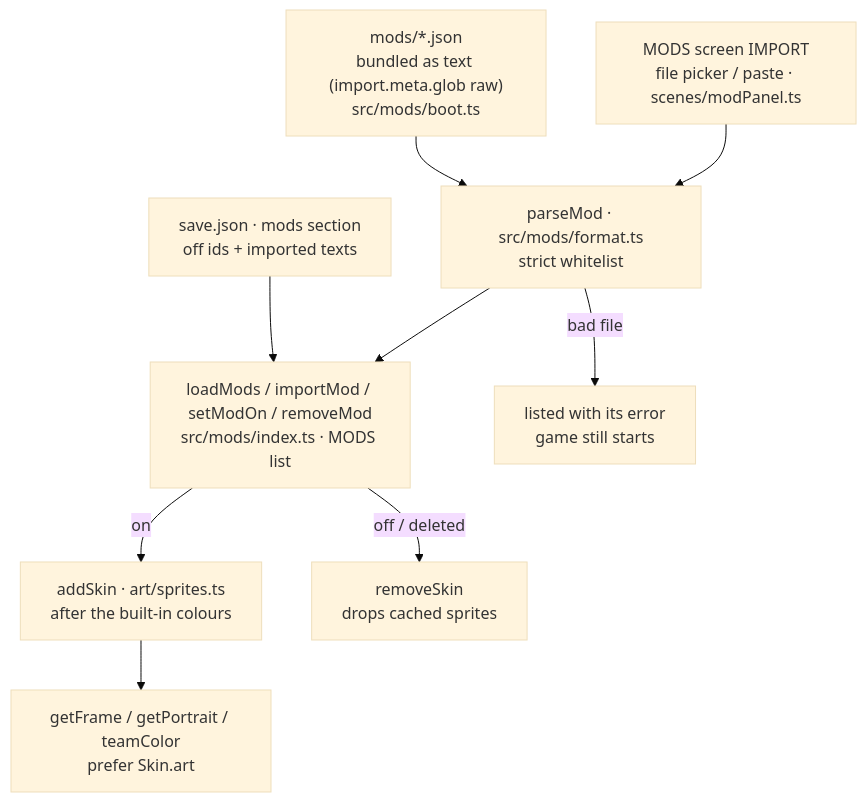
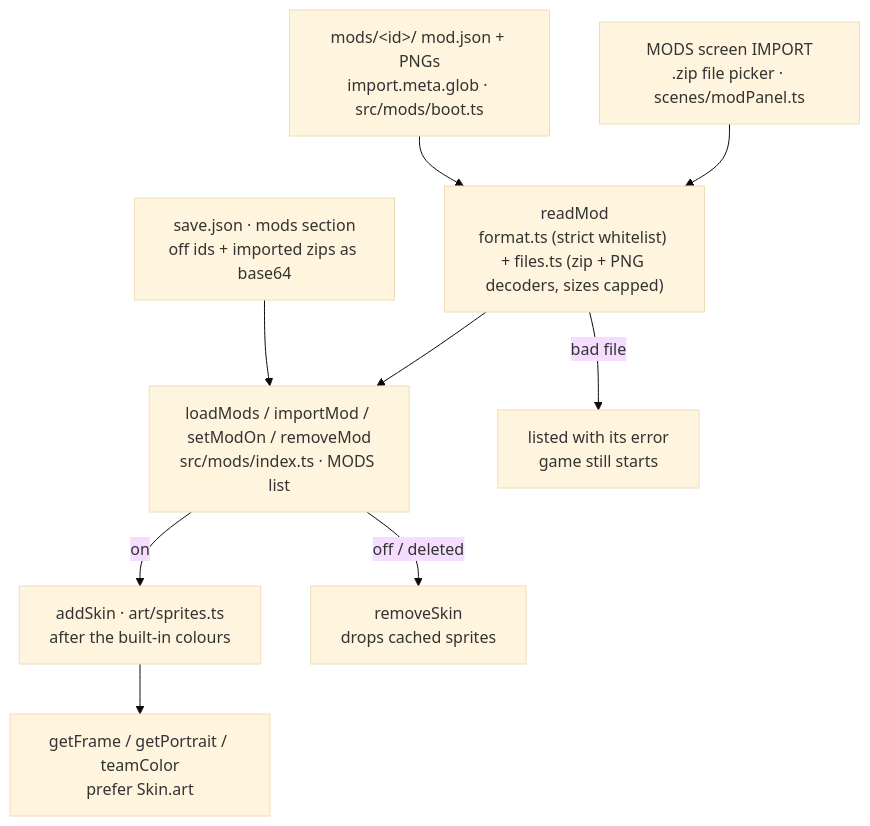
One commit to WesleyT4N/spell-vs-steel changed the seventh of 23 diagrams in docs/ARCHITECTURE.md. Above: the diagram before and after it, drawn with Mermaid (base theme). The commit also changed other lines of this file, not shown here.

First line of the commit message:
Architecture doc: assets/ files and zip mods (#127-#130) (#131)

````diff
--- a/docs/ARCHITECTURE.md
+++ b/docs/ARCHITECTURE.md
@@ -209,11 +241,11 @@
 ```mermaid
 flowchart TD
-  F["mods/*.json<br/>bundled as text (import.meta.glob raw)<br/>src/mods/boot.ts"] --> P["parseMod · src/mods/format.ts<br/>strict whitelist"]
-  I["MODS screen IMPORT<br/>file picker / paste · scenes/modPanel.ts"] --> P
-  S["save.json · mods section<br/>off ids + imported texts"] --> L
-  P -- bad file --> X["listed with its error<br/>game still starts"]
-  P --> L["loadMods / importMod / setModOn / removeMod<br/>src/mods/index.ts · MODS list"]
+  F["mods/&lt;id&gt;/ mod.json + PNGs<br/>import.meta.glob · src/mods/boot.ts"] --> R["readMod<br/>format.ts (strict whitelist) + files.ts (zip + PNG decoders, sizes capped)"]
+  I["MODS screen IMPORT<br/>.zip file picker · scenes/modPanel.ts"] --> R
+  S["save.json · mods section<br/>off ids + imported zips as base64"] --> L
+  R -- bad file --> X["listed with its error<br/>game still starts"]
+  R --> L["loadMods / importMod / setModOn / removeMod<br/>src/mods/index.ts · MODS list"]
   L -- on --> A["addSkin · art/sprites.ts<br/>after the built-in colours"]
   L -- off / deleted --> RM["removeSkin<br/>drops cached sprites"]
   A --> D["getFrame / getPortrait / teamColor<br/>prefer Skin.art"]
 ```
````
